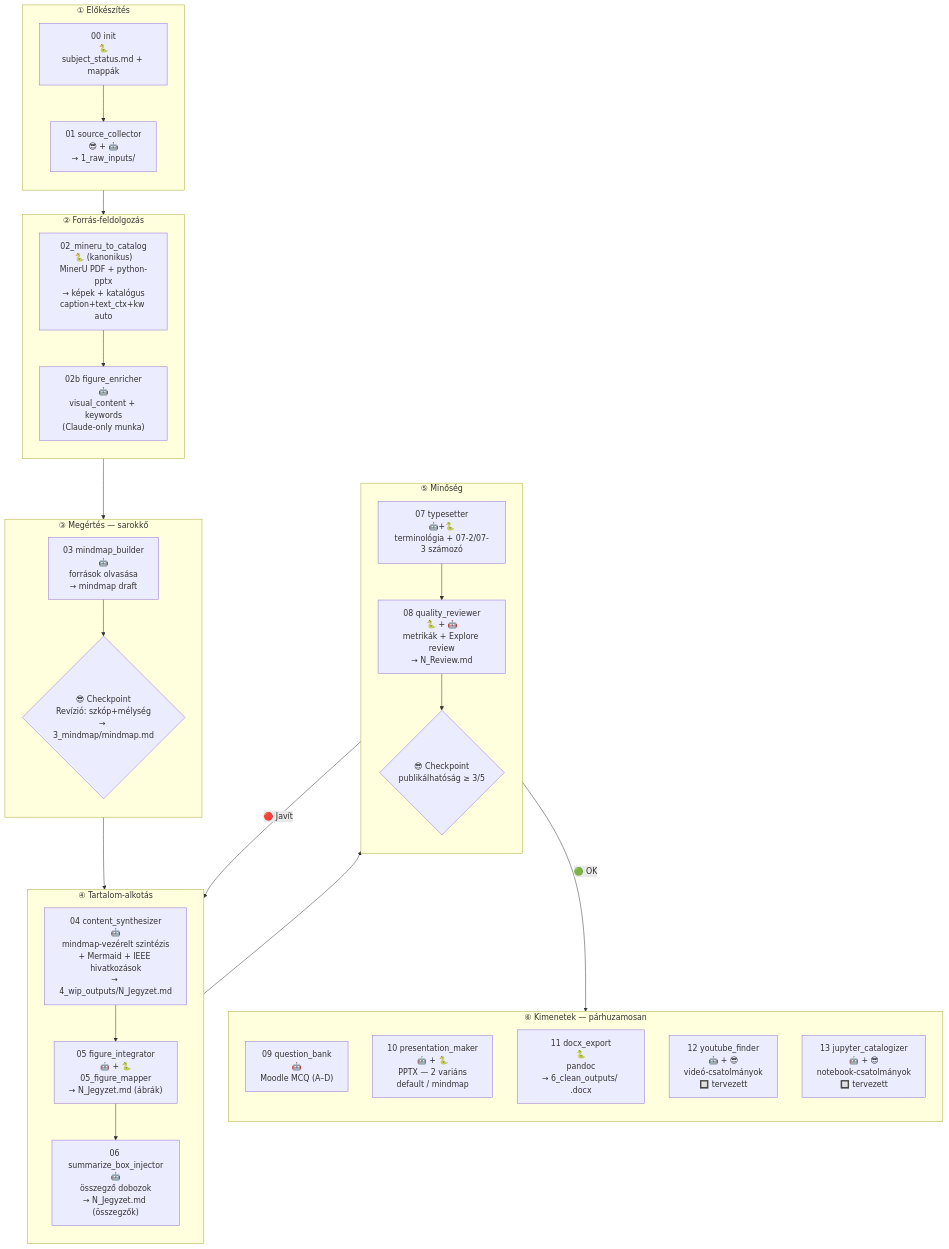
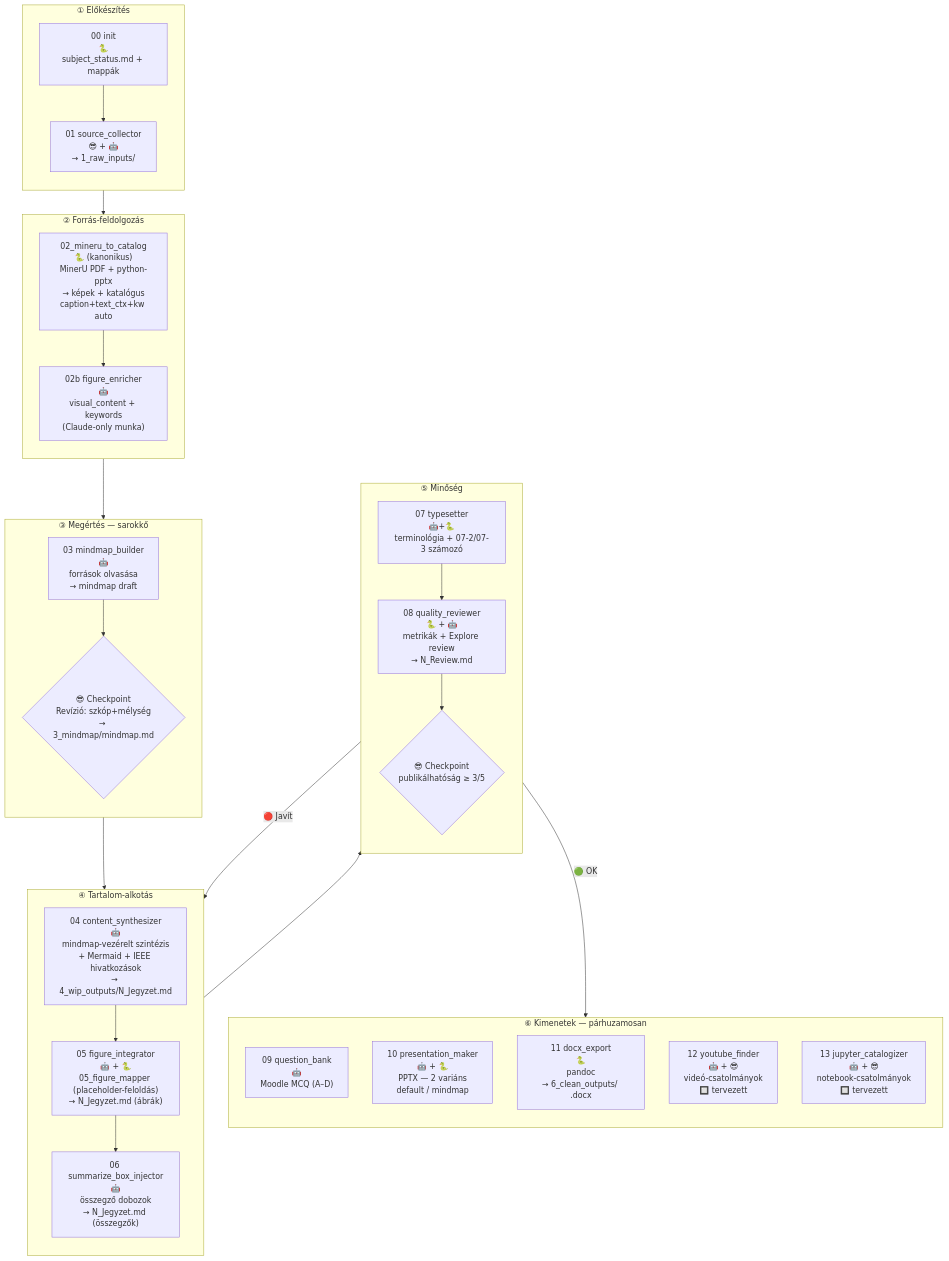
Before and after one commit to InutilemMachina/claude_course: the diagram in .claude/pipeline.md, drawn with Mermaid. The commit also changed other lines of this file and 3 other files, not shown here.

First line of the commit message:
refactor(05): figure_mapper v4 átírás — valódi 🐍 placeholder-feloldás (P2.5)

````diff
--- a/.claude/pipeline.md
+++ b/.claude/pipeline.md
@@ -56,52 +56,52 @@
 ```mermaid
 flowchart TD
     subgraph INIT["① Előkészítés"]
         direction TB
         I0["00 init<br>🐍<br>subject_status.md + mappák"]
         I1["01 source_collector<br>😎 + 🤖<br>→ 1_raw_inputs/"]
         I0 --> I1
     end
 
     subgraph EXT["② Forrás-feldolgozás"]
         direction TB
         E1m["02_mineru_to_catalog<br>🐍 (kanonikus)<br>MinerU PDF + python-pptx<br>→ képek + katalógus<br>caption+text_ctx+kw auto"]
         E2["02b figure_enricher<br>🤖<br>visual_content + keywords<br>(Claude-only munka)"]
         E1m --> E2
     end
 
     subgraph UNDERSTAND["③ Megértés — sarokkő"]
         direction TB
         U1["03 mindmap_builder<br>🤖<br>források olvasása<br>→ mindmap draft"]
         U2{"😎 Checkpoint<br>Revízió: szkóp+mélység<br>→ 3_mindmap/mindmap.md"}
         U1 --> U2
     end
 
     subgraph CREATE["④ Tartalom-alkotás"]
         direction TB
         C1["04 content_synthesizer<br>🤖<br>mindmap-vezérelt szintézis<br>+ Mermaid + IEEE hivatkozások<br>→ 4_wip_outputs/N_Jegyzet.md"]
-        C2["05 figure_integrator<br>🤖 + 🐍<br>05_figure_mapper<br>→ N_Jegyzet.md (ábrák)"]
+        C2["05 figure_integrator<br>🤖 + 🐍<br>05_figure_mapper (placeholder-feloldás)<br>→ N_Jegyzet.md (ábrák)"]
         C3["06 summarize_box_injector<br>🤖<br>összegző dobozok<br>→ N_Jegyzet.md (összegzők)"]
         C1 --> C2 --> C3
     end
 
     subgraph QUALITY["⑤ Minőség"]
         direction TB
         Q1["07 typesetter<br>🤖+🐍<br>terminológia + 07-2/07-3 számozó"]
         Q2["08 quality_reviewer<br>🐍 + 🤖<br>metrikák + Explore review<br>→ N_Review.md"]
         Q3{"😎 Checkpoint<br>publikálhatóság ≥ 3/5"}
         Q1 --> Q2 --> Q3
     end
 
     subgraph OUTPUT["⑥ Kimenetek — párhuzamosan"]
         direction TB
         O1["09 question_bank<br>🤖<br>Moodle MCQ (A–D)"]
         O2["10 presentation_maker<br>🤖 + 🐍<br>PPTX — 2 variáns<br>default / mindmap"]
         O3["11 docx_export<br>🐍<br>pandoc<br>→ 6_clean_outputs/ .docx"]
         O4["12 youtube_finder<br>🤖 + 😎<br>videó-csatolmányok<br>🔲 tervezett"]
         O5["13 jupyter_catalogizer<br>🤖 + 😎<br>notebook-csatolmányok<br>🔲 tervezett"]
     end
 
     INIT --> EXT --> UNDERSTAND --> CREATE --> QUALITY
     Q3 -->|"🟢 OK"| OUTPUT
     Q3 -->|"🔴 Javít"| CREATE
 ```
````
